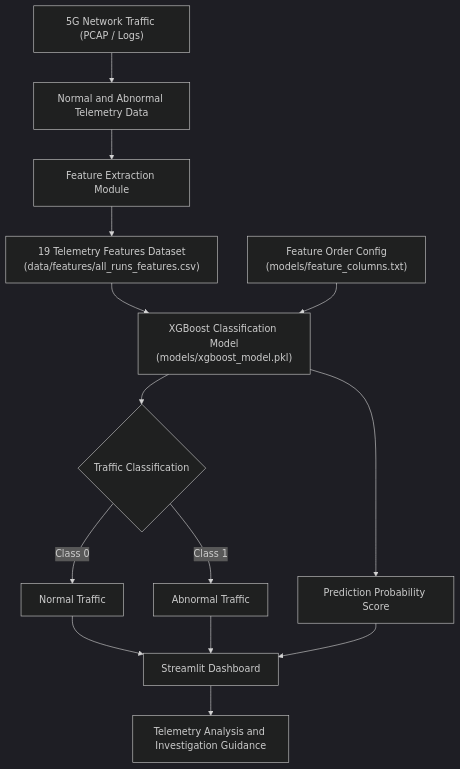
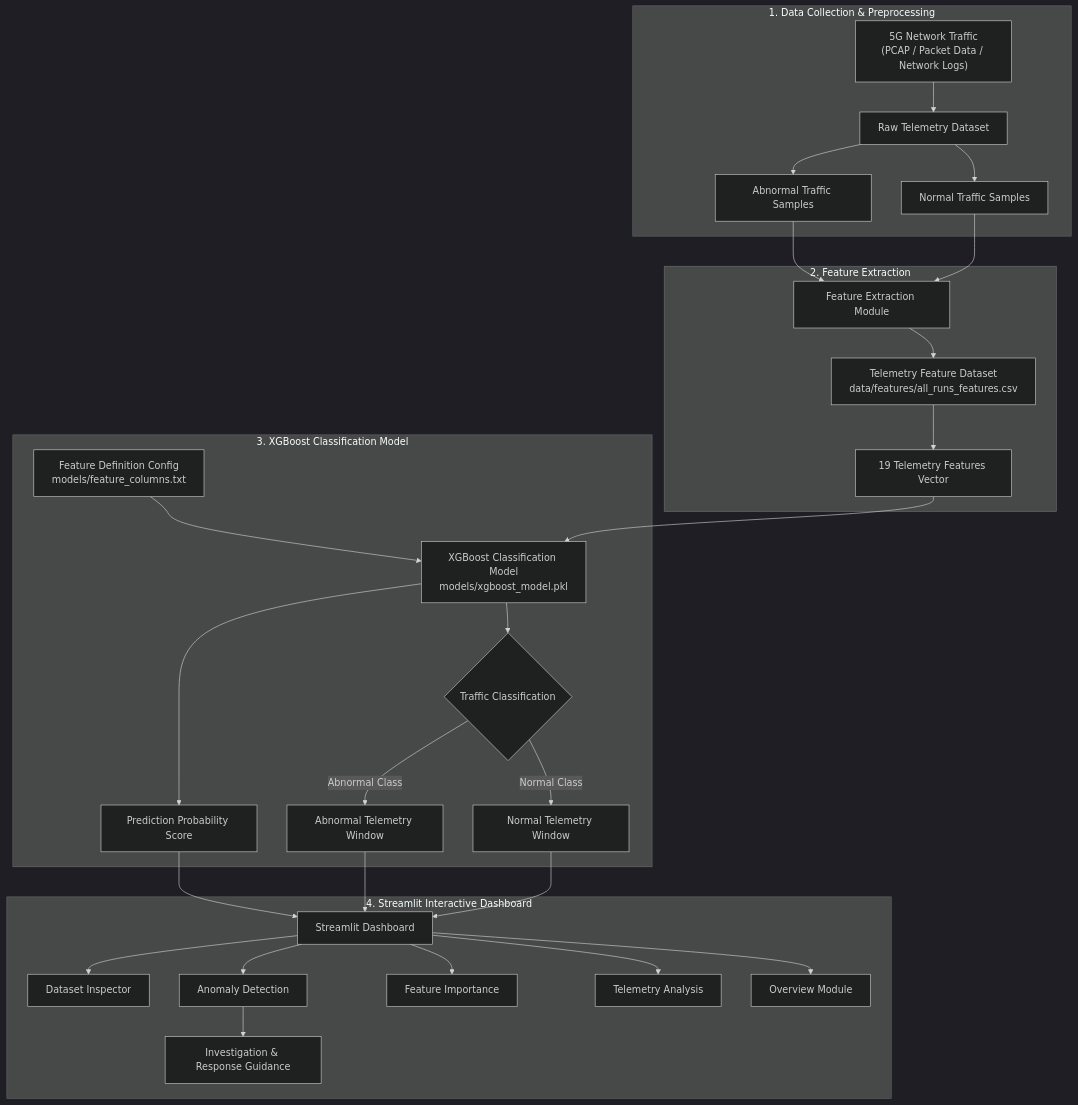
The first of 6 diagrams in README (1).md (Chinmayanand03/5G-Network-Anomaly-Detection-Using-XGBoost-Based-Telemetry-Analysis), drawn with Mermaid (dark theme) before and after one commit. The commit also changed other lines of this file and 1 other file, not shown here.

Commit message:
Fix Model Workflow diagram participant order and layout clarity

````diff
--- a/README (1).md
+++ b/README (1).md
@@ -59,20 +59,38 @@
 ```mermaid
 flowchart TD
-    A["5G Network Traffic (PCAP / Logs)"] --> B["Normal and Abnormal Telemetry Data"]
-    B --> C["Feature Extraction Module"]
-    C --> D["19 Telemetry Features Dataset<br/>(data/features/all_runs_features.csv)"]
-    D --> E["XGBoost Classification Model<br/>(models/xgboost_model.pkl)"]
-    F["Feature Order Config<br/>(models/feature_columns.txt)"] --> E
+    subgraph DataIngestion ["1. Data Collection & Preprocessing"]
+        A["5G Network Traffic<br/>(PCAP / Packet Data / Network Logs)"] --> B["Raw Telemetry Dataset"]
+        B --> C1["Normal Traffic Samples"]
+        B --> C2["Abnormal Traffic Samples"]
+    end
 
-    E --> G{"Traffic Classification"}
+    subgraph FeatureEngineering ["2. Feature Extraction"]
+        C1 --> D["Feature Extraction Module"]
+        C2 --> D
+        D --> E["Telemetry Feature Dataset<br/>data/features/all_runs_features.csv"]
+        E --> F["19 Telemetry Features Vector"]
+    end
 
-    G -->|Class 0| H["Normal Traffic"]
-    G -->|Class 1| I["Abnormal Traffic"]
-    E --> J["Prediction Probability Score"]
+    subgraph MLInference ["3. XGBoost Classification Model"]
+        H["Feature Definition Config<br/>models/feature_columns.txt"] --> G["XGBoost Classification Model<br/>models/xgboost_model.pkl"]
+        F --> G
+        G --> I{"Traffic Classification"}
+        I -->|Normal Class| J["Normal Telemetry Window"]
+        I -->|Abnormal Class| K["Abnormal Telemetry Window"]
+        G --> L["Prediction Probability Score"]
+    end
 
-    H --> K["Streamlit Dashboard"]
-    I --> K
-    J --> K
+    subgraph DashboardUI ["4. Streamlit Interactive Dashboard"]
+        J --> M["Streamlit Dashboard"]
+        K --> M
+        L --> M
+        M --> N1["Overview Module"]
+        M --> N2["Telemetry Analysis"]
+        M --> N3["Feature Importance"]
+        M --> N4["Anomaly Detection"]
+        M --> N5["Dataset Inspector"]
+        N4 --> O["Investigation & Response Guidance"]
+    end
 
-    K --> L["Telemetry Analysis and Investigation Guidance"]
+    DataIngestion ~~~ FeatureEngineering ~~~ MLInference ~~~ DashboardUI
 ```
````
